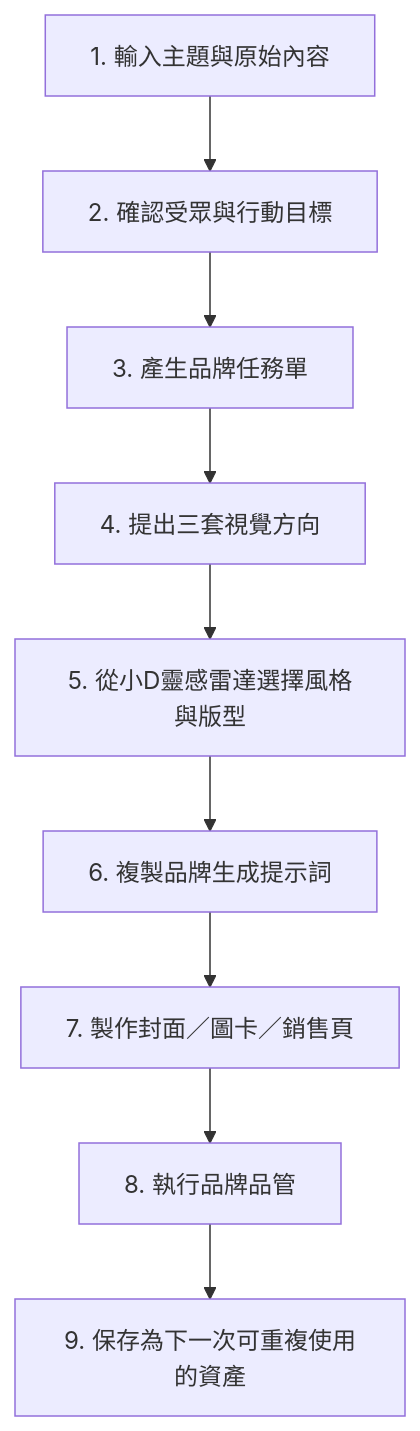
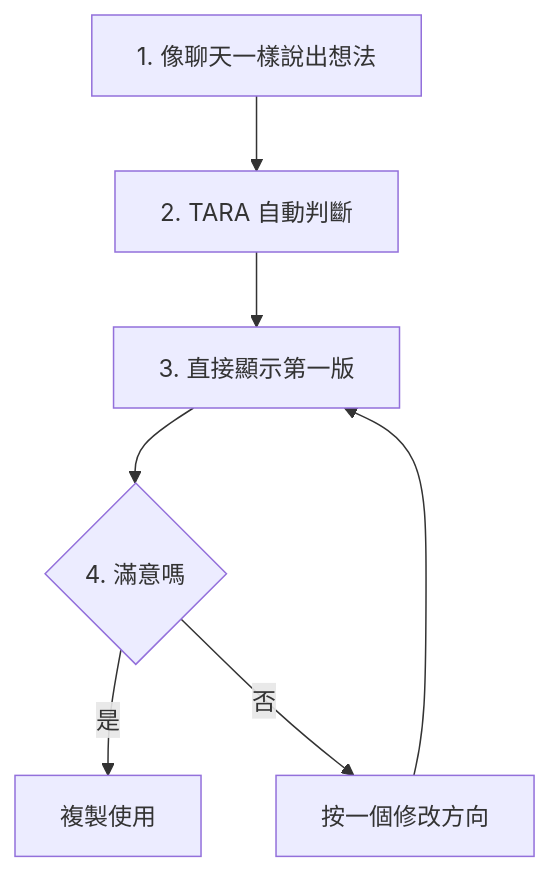
One commit to tarshar4242/tarshar-brand-studio changed the second of 4 diagrams in README.md. Above: the diagram before and after it, drawn with Mermaid. The commit also changed other lines of this file and 5 other files, not shown here.

Commit message:
Simplify TARA beginner flow

````diff
--- a/README.md
+++ b/README.md
@@ -75,11 +69,9 @@
 ```mermaid
 flowchart TD
-    S1[1. 輸入主題與原始內容] --> S2[2. 確認受眾與行動目標]
-    S2 --> S3[3. 產生品牌任務單]
-    S3 --> S4[4. 提出三套視覺方向]
-    S4 --> S5[5. 從小D靈感雷達選擇風格與版型]
-    S5 --> S6[6. 複製品牌生成提示詞]
-    S6 --> S7[7. 製作封面／圖卡／銷售頁]
-    S7 --> S8[8. 執行品牌品管]
-    S8 --> S9[9. 保存為下一次可重複使用的資產]
+    S1[1. 像聊天一樣說出想法] --> S2[2. TARA 自動判斷]
+    S2 --> S3[3. 直接顯示第一版]
+    S3 --> S4{4. 滿意嗎}
+    S4 -->|是| S5[複製使用]
+    S4 -->|否| S6[按一個修改方向]
+    S6 --> S3
 ```
````
